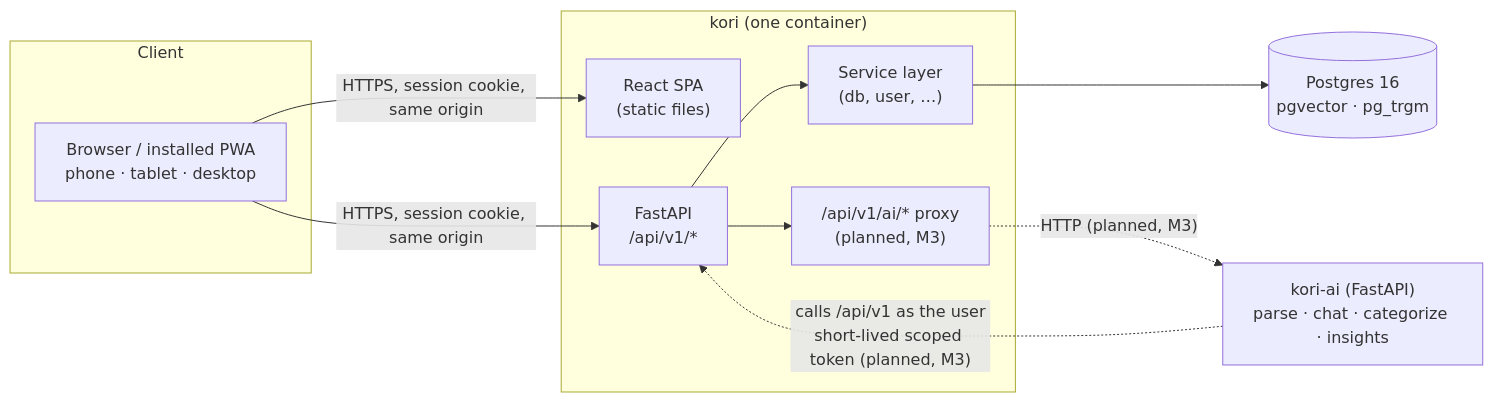
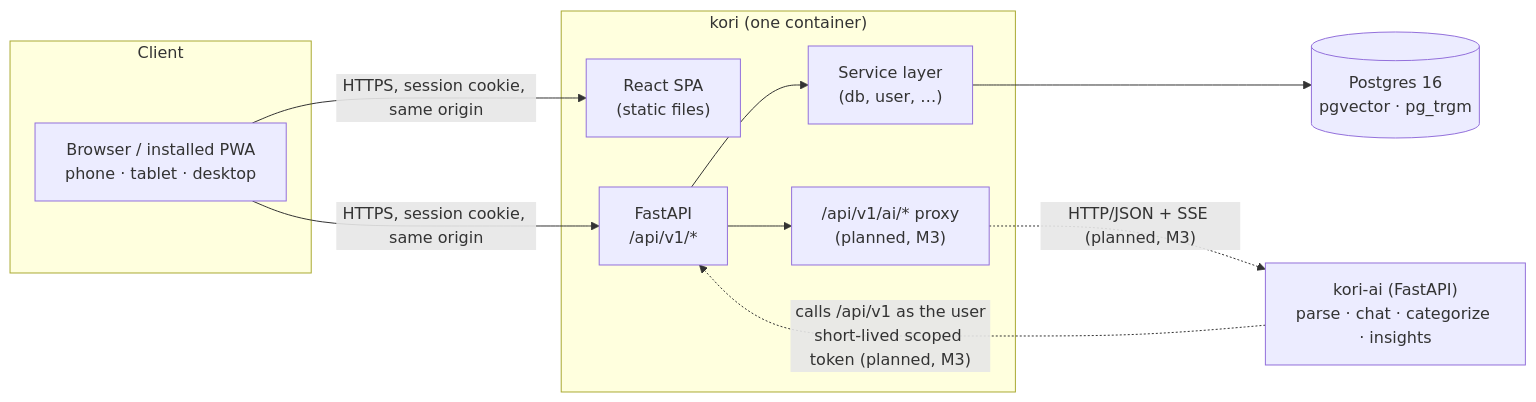
The first of 2 diagrams in docs/architecture.md (monjurul0007/kori), drawn with Mermaid before and after one commit. The commit also changed 5 other files, not shown here.

````diff
--- a/docs/architecture.md
+++ b/docs/architecture.md
@@ -8,24 +8,24 @@
 ```mermaid
 flowchart LR
   subgraph client["Client"]
     B["Browser / installed PWA<br/>phone · tablet · desktop"]
   end
 
   subgraph kori["kori (one container)"]
     SPA["React SPA<br/>(static files)"]
     API["FastAPI<br/>/api/v1/*"]
     SVC["Service layer<br/>(db, user, …)"]
     PROXY["/api/v1/ai/* proxy<br/>(planned, M3)"]
     API --> SVC
     API --> PROXY
   end
 
   DB[("Postgres 16<br/>pgvector · pg_trgm")]
   AI["kori-ai (FastAPI)<br/>parse · chat · categorize · insights"]
 
   B -- "HTTPS, session cookie, same origin" --> SPA
   B -- "HTTPS, session cookie, same origin" --> API
   SVC --> DB
-  PROXY -. "HTTP (planned, M3)" .-> AI
+  PROXY -. "HTTP/JSON + SSE (planned, M3)" .-> AI
   AI -. "calls /api/v1 as the user<br/>short-lived scoped token (planned, M3)" .-> API
 ```
````
